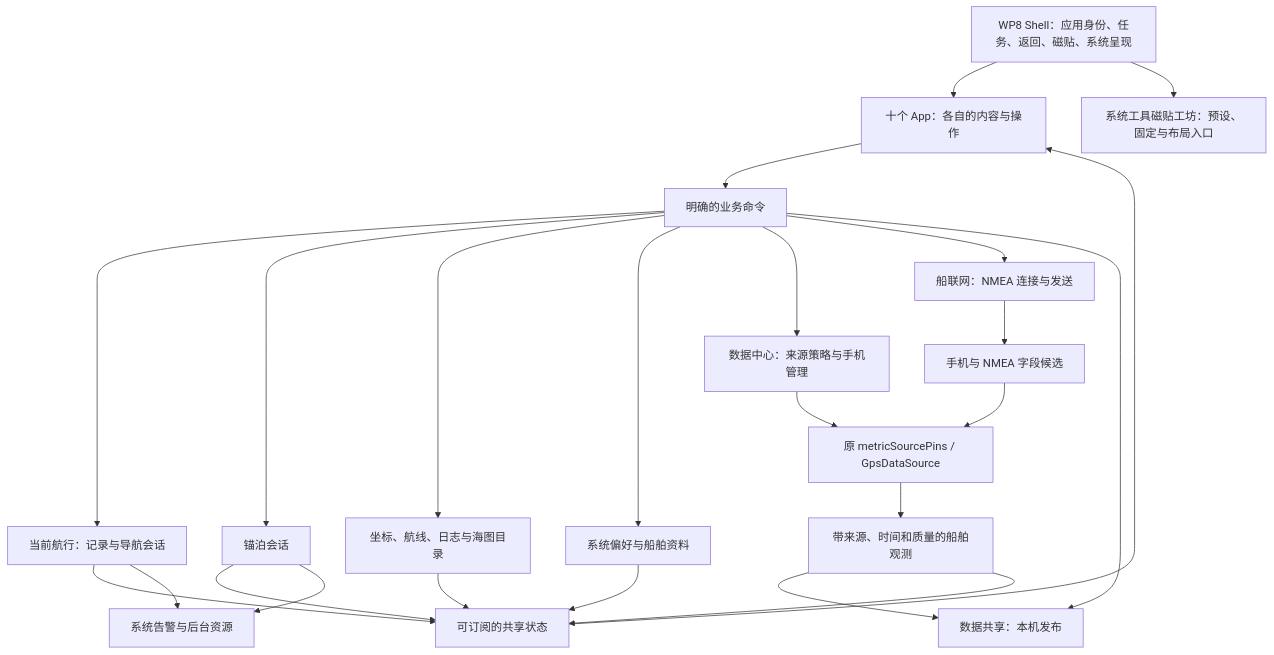
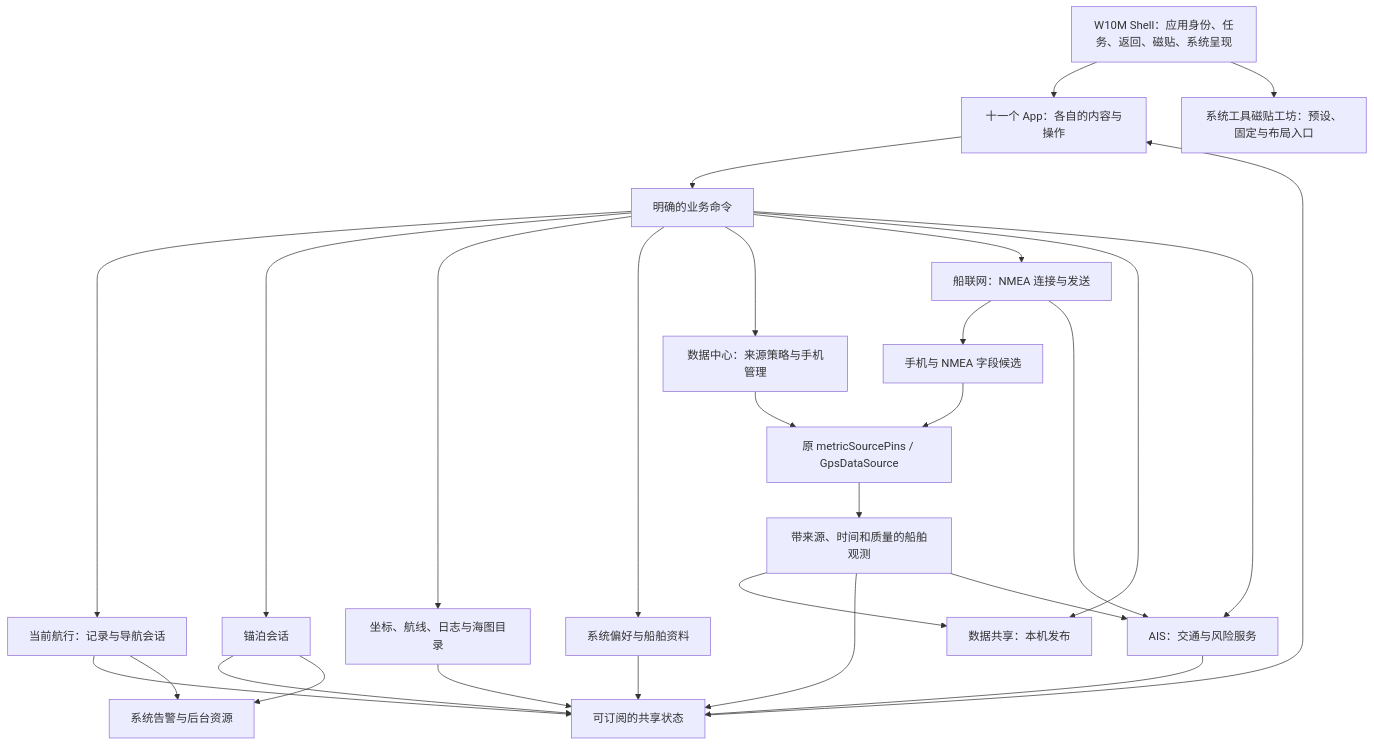
Before and after one commit to ohkuku/yokuli_marine_shell: the diagram in docs/product/OS_DOMAIN_MODEL.md, drawn with Mermaid. The commit also changed other lines of this file and 114 other files, not shown here.

Commit message:
Ship W10M shell, runtime notifications and focused AIS workspace

````diff
--- a/docs/product/OS_DOMAIN_MODEL.md
+++ b/docs/product/OS_DOMAIN_MODEL.md
@@ -55,28 +56,32 @@
 ```mermaid
 flowchart TB
-  Shell[WP8 Shell：应用身份、任务、返回、磁贴、系统呈现]
-  Apps[十个 App：各自的内容与操作]
+  Shell[W10M Shell：应用身份、任务、返回、磁贴、系统呈现]
+  Apps[十一个 App：各自的内容与操作]
   Shell --> Apps
   Shell --> Tiles[系统工具磁贴工坊：预设、固定与布局入口]
   Apps --> Commands[明确的业务命令]
   State[可订阅的共享状态] --> Apps
   Commands --> Voyage[当前航行：记录与导航会话]
   Commands --> Anchor[锚泊会话]
   Commands --> Saved[坐标、航线、日志与海图目录]
   Commands --> Prefs[系统偏好与船舶资料]
   Commands --> SourceCenter[数据中心：来源策略与手机管理]
   Commands --> Connections[船联网：NMEA 连接与发送]
   Commands --> Sharing[数据共享：本机发布]
+  Commands --> Traffic[AIS：交通与风险服务]
   SourceCenter --> SourcePolicy[原 metricSourcePins / GpsDataSource]
   Connections --> Candidates[手机与 NMEA 字段候选]
   Candidates --> SourcePolicy
   SourcePolicy --> Data[带来源、时间和质量的船舶观测]
   Data --> Sharing
   Data --> State
+  Data --> Traffic
+  Connections --> Traffic
+  Traffic --> State
   Voyage --> State
   Anchor --> State
   Saved --> State
   Prefs --> State
   Anchor --> Alerts[系统告警与后台资源]
   Voyage --> Alerts
 ```
````
